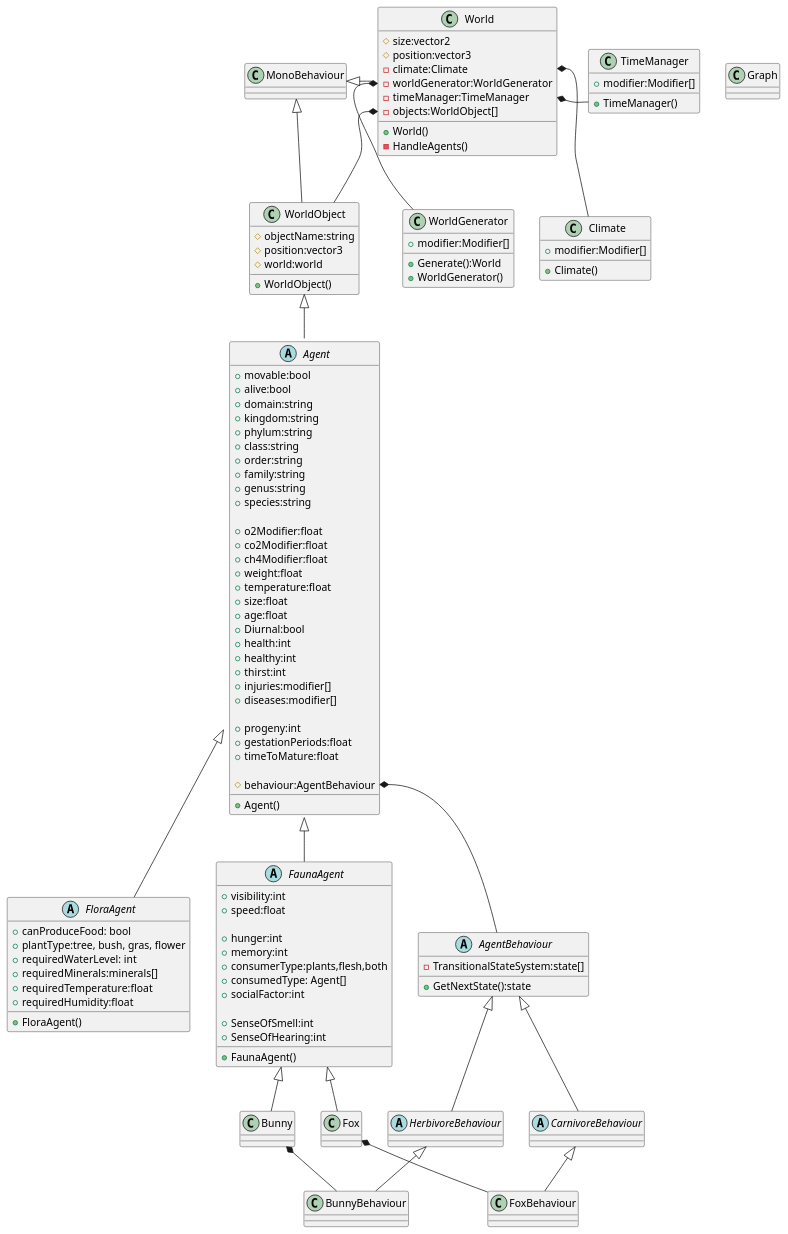
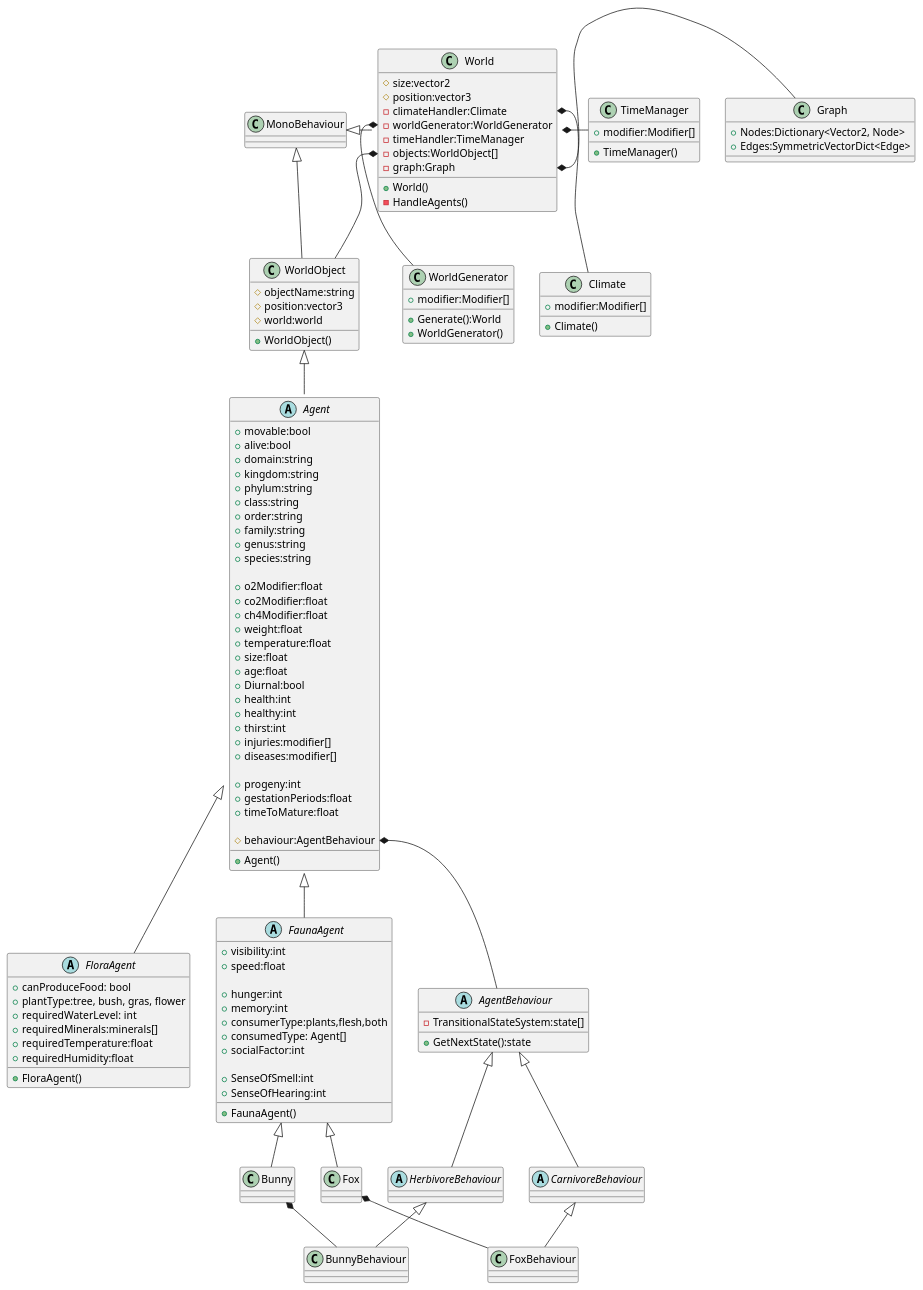
Before and after one commit to poetter-sebastian/Simulation: the diagram in Simlation/Assets/Doc/class.puml, drawn with PlantUML. The commit also changed 40 other files, not shown here.

```diff
--- a/Simlation/Assets/Doc/class.puml
+++ b/Simlation/Assets/Doc/class.puml
@@ -1,150 +1,154 @@
 @startuml
 	class Climate {
 		+modifier:Modifier[]
 		
 		+Climate()
 	}
-	
-	class Graph {
-	    
-	}
-	
+
 	class WorldGenerator {
 	    +modifier:Modifier[]
 	
 		+Generate():World
 		+WorldGenerator()
 	}
 	
 	class TimeManager {
 		+modifier:Modifier[]
 		
 		+TimeManager()
 	}
 	
     class World {
         #size:vector2
         #position:vector3
-        -climate:Climate
+        -climateHandler:Climate
         -worldGenerator:WorldGenerator
-        -timeManager:TimeManager
+        -timeHandler:TimeManager
         -objects:WorldObject[]
+        -graph:Graph
         
         +World()
         -HandleAgents()
+    }
+    
+    class Graph {
+        +Nodes:Dictionary<Vector2, Node>
+        +Edges:SymmetricVectorDict<Edge>
     }
 	
 	class WorldObject {
 		#objectName:string
 		#position:vector3
 		#world:world
 		
 		+WorldObject()
 	}
 	
 	
 	Abstract class Agent {
         +movable:bool
         +alive:bool
         +domain:string
         +kingdom:string
         +phylum:string
         +class:string
         +order:string
         +family:string
         +genus:string
         +species:string
         
         +o2Modifier:float
         +co2Modifier:float
         +ch4Modifier:float
         +weight:float
         +temperature:float
         +size:float
         +age:float
         +Diurnal:bool
         +health:int
         +healthy:int
         +thirst:int
         +injuries:modifier[]
         +diseases:modifier[]
         
         +progeny:int
         +gestationPeriods:float
         +timeToMature:float
         
         #behaviour:AgentBehaviour
         
         +Agent()
     }
 
 	Abstract class AgentBehaviour {
 		-TransitionalStateSystem:state[]
 		
 		+GetNextState():state
 	}
 	
 	Abstract class FloraAgent {
 	    +canProduceFood: bool
 	    +plantType:tree, bush, gras, flower
 	    +requiredWaterLevel: int
 	    +requiredMinerals:minerals[]
 	    +requiredTemperature:float
 	    +requiredHumidity:float
 	     
 		+FloraAgent()
 	}
 	
     Abstract class FaunaAgent {
         +visibility:int
         +speed:float
         
         +hunger:int
         +memory:int
         +consumerType:plants,flesh,both
         +consumedType: Agent[]
         +socialFactor:int
         
         +SenseOfSmell:int
         +SenseOfHearing:int
     
         +FaunaAgent()
     }
     
     Abstract class HerbivoreBehaviour {
     
     }
     
     Abstract class CarnivoreBehaviour {
         
     }
+    
+    World::graph *- Graph
 	
 	World::objects *- WorldObject
 	World::timeManager *- TimeManager
 	World::worldGenerator *-- WorldGenerator
 	World::climate *-- Climate
 	
 	MonoBehaviour <|-- WorldObject
 	MonoBehaviour <|- World
 	
 	WorldObject <|-- Agent
 	
 	Agent <|-- FloraAgent
 	Agent::behaviour *-- AgentBehaviour
 	
 	AgentBehaviour <|-- HerbivoreBehaviour
 	AgentBehaviour <|-- CarnivoreBehaviour
 	
 	HerbivoreBehaviour <|-- BunnyBehaviour
 	CarnivoreBehaviour <|-- FoxBehaviour
 	
 	Agent <|-- FaunaAgent
 	
 	FaunaAgent <|-- Bunny
 	FaunaAgent <|-- Fox
 	
 	Fox *-- FoxBehaviour
 	
 	Bunny *-- BunnyBehaviour
 	
 @enduml
```
